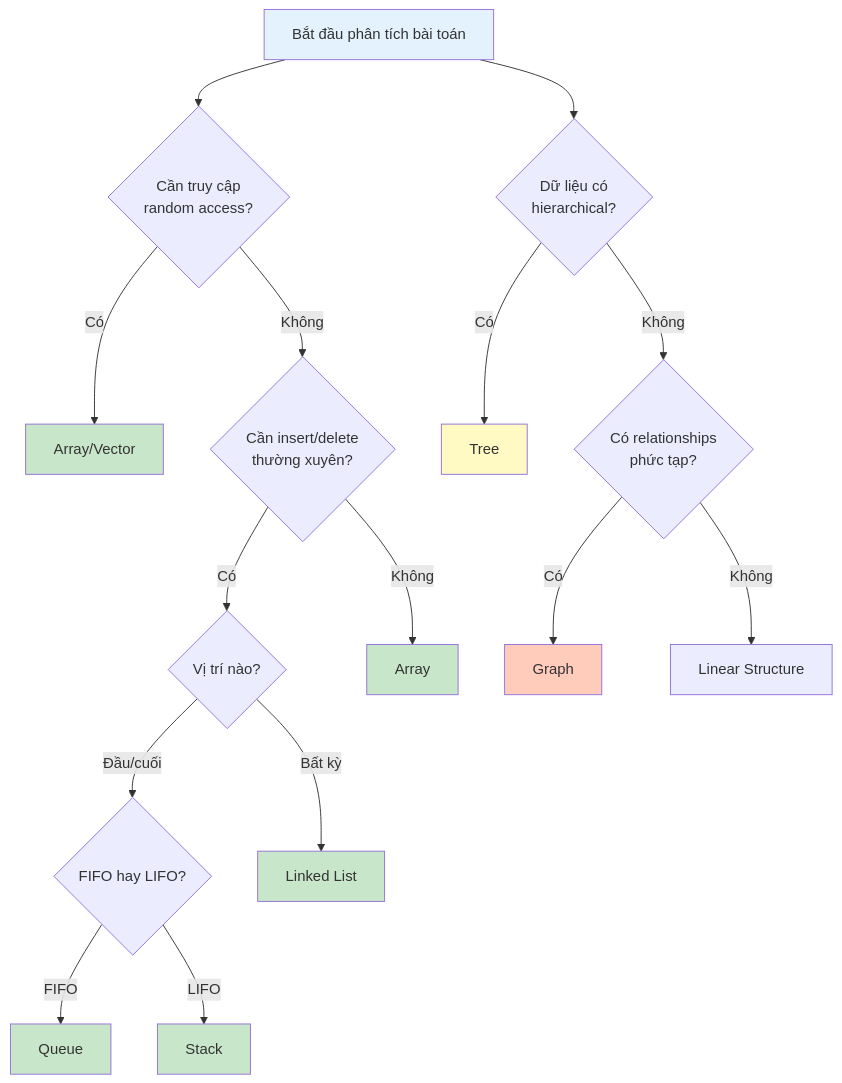
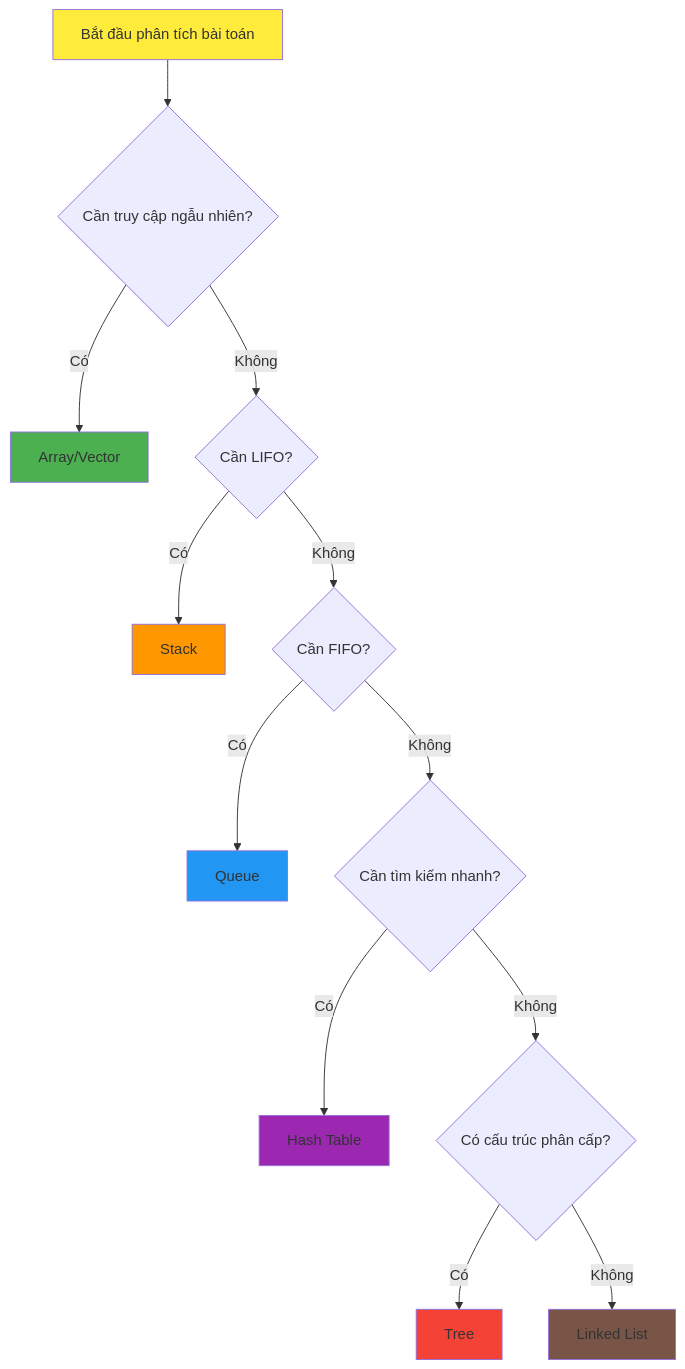
Before and after one commit to khieu-dv/vievlog: the third of 3 diagrams in src/content/soft-skills/dsa/bai-2.mdx, drawn with Mermaid. The commit also changed other lines of this file, not shown here.

````diff
--- a/src/content/soft-skills/dsa/bai-2.mdx
+++ b/src/content/soft-skills/dsa/bai-2.mdx
@@ -108,32 +108,22 @@
 ```mermaid
 flowchart TD
-    A[Bắt đầu phân tích bài toán] --> B{Cần truy cập<br/>random access?}
+    A[Bắt đầu phân tích bài toán] --> B{Cần truy cập ngẫu nhiên?}
+    B -->|Có| C[Array/Vector]
+    B -->|Không| D{Cần LIFO?}
+    D -->|Có| E[Stack]
+    D -->|Không| F{Cần FIFO?}
+    F -->|Có| G[Queue]
+    F -->|Không| H{Cần tìm kiếm nhanh?}
+    H -->|Có| I[Hash Table]
+    H -->|Không| J{Có cấu trúc phân cấp?}
+    J -->|Có| K[Tree]
+    J -->|Không| L[Linked List]
     
-    B -->|Có| C[Array/Vector]
-    B -->|Không| D{Cần insert/delete<br/>thường xuyên?}
-    
-    D -->|Có| E{Vị trí nào?}
-    D -->|Không| F[Array]
-    
-    E -->|Đầu/cuối| G{FIFO hay LIFO?}
-    E -->|Bất kỳ| H[Linked List]
-    
-    G -->|FIFO| I[Queue]
-    G -->|LIFO| J[Stack]
-    
-    A --> K{Dữ liệu có<br/>hierarchical?}
-    K -->|Có| L[Tree]
-    K -->|Không| M{Có relationships<br/>phức tạp?}
-    
-    M -->|Có| N[Graph]
-    M -->|Không| O[Linear Structure]
-    
-    style A fill:#e3f2fd
-    style C fill:#c8e6c9
-    style F fill:#c8e6c9
-    style H fill:#c8e6c9
-    style I fill:#c8e6c9
-    style J fill:#c8e6c9
-    style L fill:#fff9c4
-    style N fill:#ffccbc
+    style A fill:#ffeb3b
+    style C fill:#4caf50
+    style E fill:#ff9800
+    style G fill:#2196f3
+    style I fill:#9c27b0
+    style K fill:#f44336
+    style L fill:#795548
 ```
````
